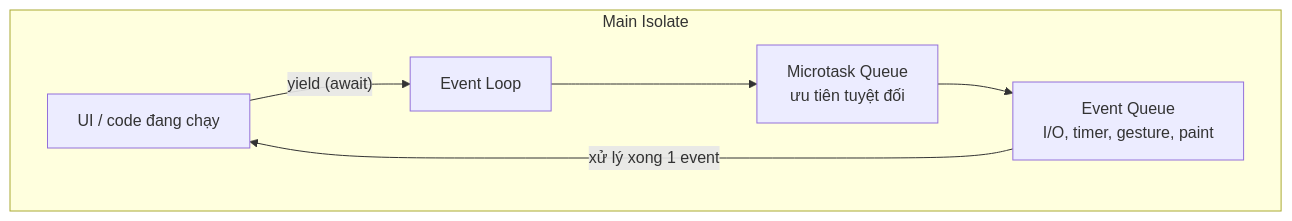
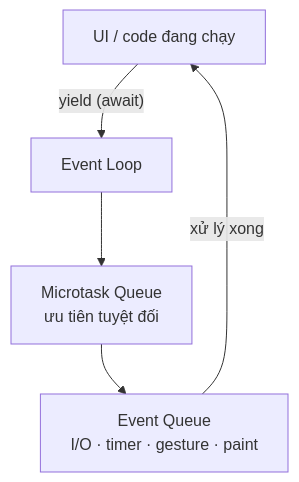
One commit to h1eu/knowledge changed the first of 13 diagrams in flutter/docs/session_01/async/futures_async_await.md. Above: the diagram before and after it, drawn with Mermaid. The commit also changed other lines of this file and 26 other files, not shown here.

````diff
--- a/flutter/docs/session_01/async/futures_async_await.md
+++ b/flutter/docs/session_01/async/futures_async_await.md
@@ -38,9 +82,7 @@
 ```mermaid
-graph TD
-    subgraph "Main Isolate"
-        UI["UI / code đang chạy"] -->|"yield (await)"| EL[Event Loop]
-        EL --> MQ["Microtask Queue<br/>ưu tiên tuyệt đối"]
-        MQ --> EQ["Event Queue<br/>I/O, timer, gesture, paint"]
-        EQ -->|xử lý xong 1 event| UI
-    end
+flowchart TD
+    UI["UI / code đang chạy"] -->|"yield (await)"| EL["Event Loop"]
+    EL --> MQ["Microtask Queue<br/>ưu tiên tuyệt đối"]
+    MQ --> EQ["Event Queue<br/>I/O · timer · gesture · paint"]
+    EQ -->|"xử lý xong"| UI
 ```
````
